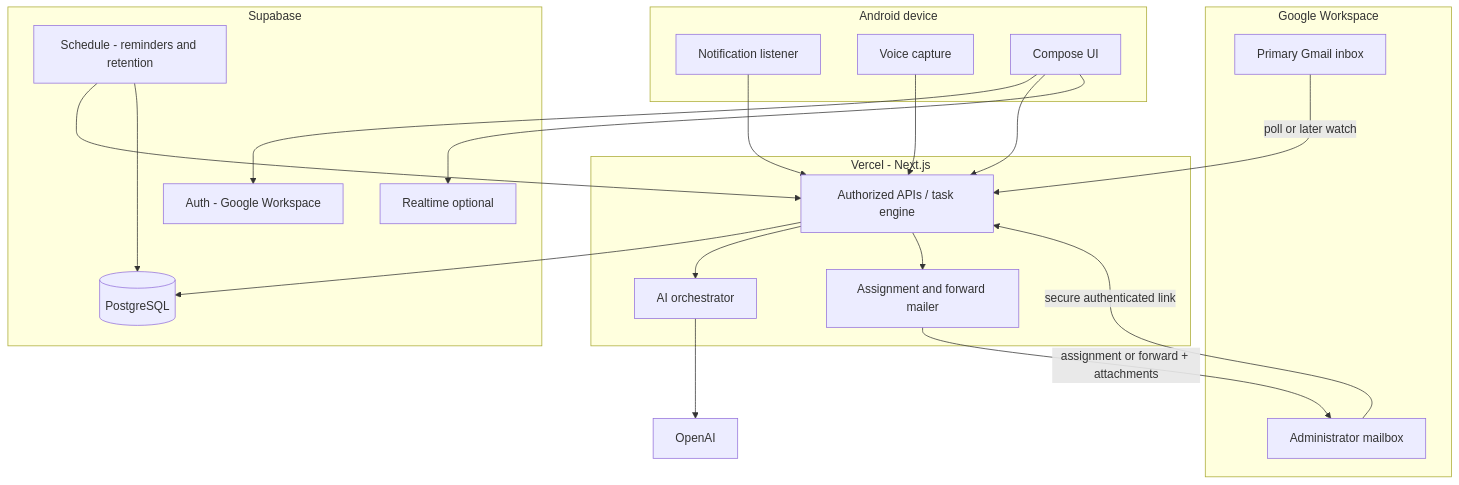
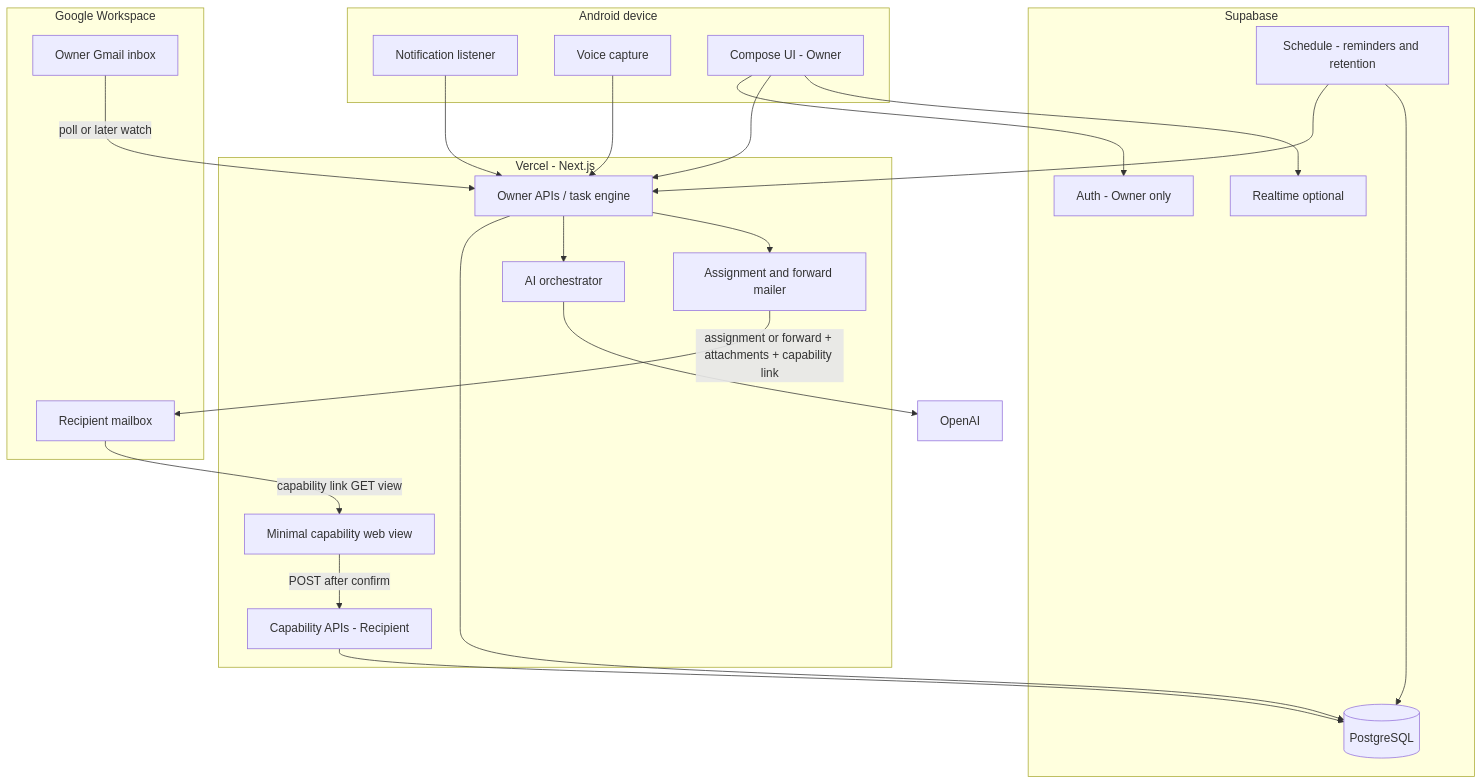
The diagram in docs/ARCHITECTURE.md (clayton-web/rocket-communicator), drawn with Mermaid before and after one commit. The commit also changed other lines of this file and 83 other files, not shown here.

Commit message:
chore: align architecture to owner and capability model

````diff
--- a/docs/ARCHITECTURE.md
+++ b/docs/ARCHITECTURE.md
@@ -149,44 +153,48 @@
 ```mermaid
 flowchart TB
   subgraph Device["Android device"]
     NL["Notification listener"]
     Voice["Voice capture"]
-    AppUI["Compose UI"]
+    AppUI["Compose UI - Owner"]
   end
 
   subgraph Google["Google Workspace"]
-    Gmail["Primary Gmail inbox"]
-    AdminMail["Administrator mailbox"]
+    Gmail["Owner Gmail inbox"]
+    RecipientMail["Recipient mailbox"]
   end
 
   subgraph Host["Vercel - Next.js"]
-    API["Authorized APIs / task engine"]
+    API["Owner APIs / task engine"]
+    CapAPI["Capability APIs - Recipient"]
+    CapView["Minimal capability web view"]
     AI["AI orchestrator"]
     Mailer["Assignment and forward mailer"]
   end
 
   subgraph Data["Supabase"]
-    Auth["Auth - Google Workspace"]
+    Auth["Auth - Owner only"]
     DB[("PostgreSQL")]
     RT["Realtime optional"]
     Cron["Schedule - reminders and retention"]
   end
 
   OpenAI["OpenAI"]
 
   NL --> API
   Voice --> API
   AppUI --> Auth
   AppUI --> API
   AppUI --> RT
 
   Gmail -->|poll or later watch| API
   API --> DB
   API --> AI
   AI --> OpenAI
   API --> Mailer
-  Mailer -->|assignment or forward + attachments| AdminMail
-  AdminMail -->|secure authenticated link| API
+  Mailer -->|assignment or forward + attachments + capability link| RecipientMail
+  RecipientMail -->|capability link GET view| CapView
+  CapView -->|POST after confirm| CapAPI
+  CapAPI --> DB
   Cron --> API
   Cron --> DB
 ```
````
